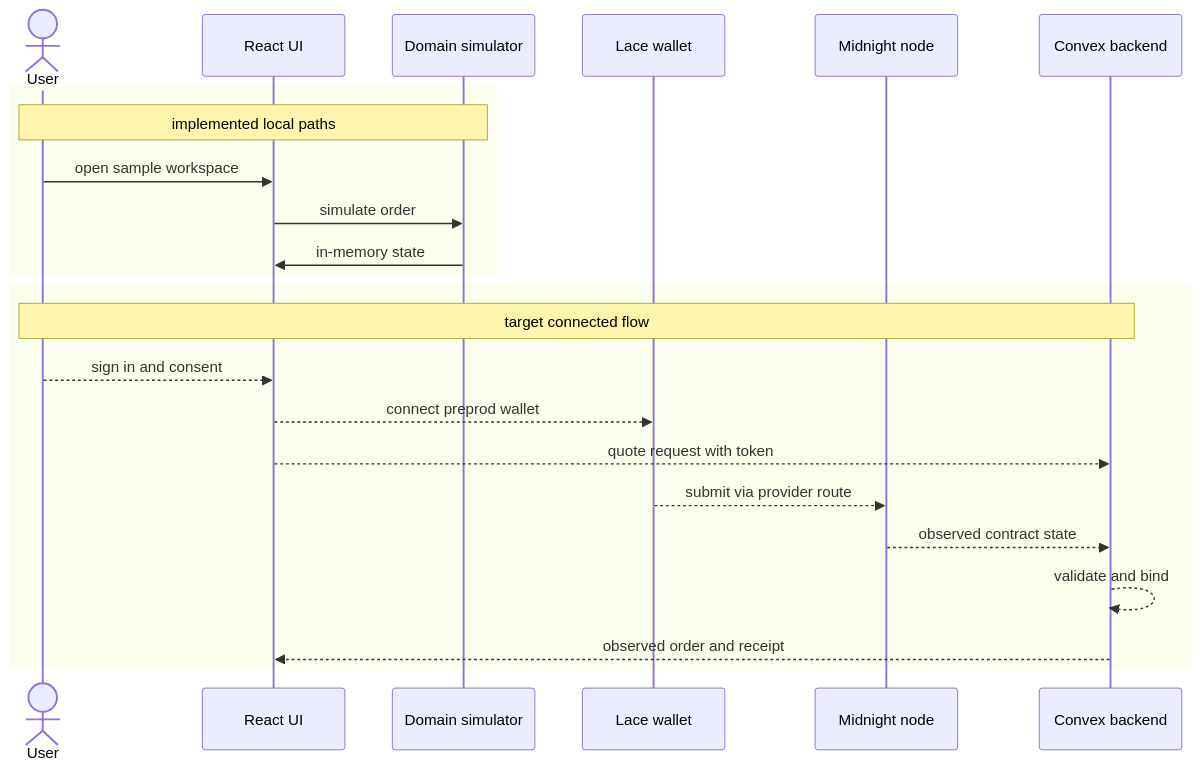
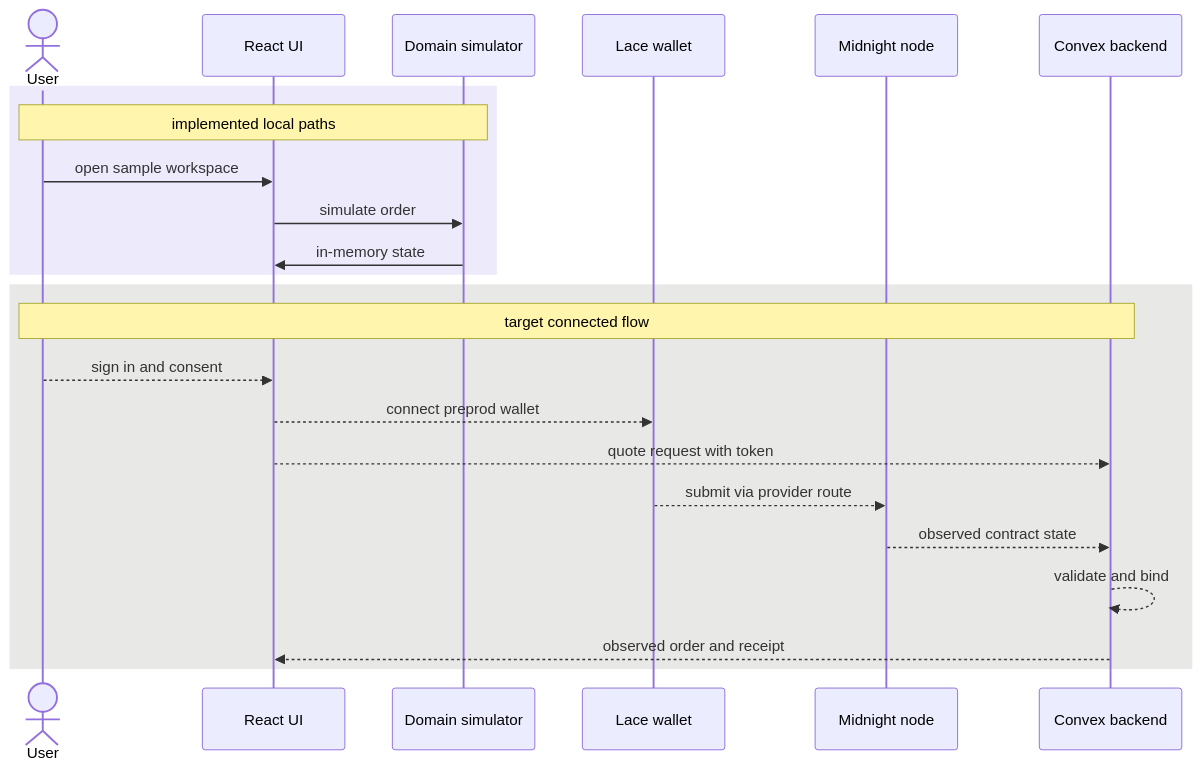
The diagram in README.md (symulacr/milo), drawn with Mermaid before and after one commit.

Commit message:
docs: tint the sequence diagram blocks
adds colour to the two rect blocks as translucent rgba rather than opaque rgb.
the original bug was opaque near-white fills, which put light theme text on a
light panel in dark mode. low alpha lets the theme background show through, so
the panel reads in both modes and github still controls the text colour.

violet rgb(84,52,215) at 10 percent for the implemented lane, muted grey
rgb(92,90,87) at 14 percent for the target lane. both from the app palette.

verified to parse under github's exact mermaid 11.17.2 config.

````diff
--- a/README.md
+++ b/README.md
@@ -38,29 +38,29 @@
 ```mermaid
 sequenceDiagram
     accTitle: Milo local and target paths
     accDescr: Solid arrows are implemented locally. Dashed arrows are the target flow.
 
     actor User
     participant UI as React UI
     participant Local as Domain simulator
     participant Wallet as Lace wallet
     participant Chain as Midnight node
     participant API as Convex backend
 
-    rect
+    rect rgba(84, 52, 215, 0.10)
         Note over User,Local: implemented local paths
         User->>UI: open sample workspace
         UI->>Local: simulate order
         Local->>UI: in-memory state
     end
-    rect
+    rect rgba(92, 90, 87, 0.14)
         Note over User,API: target connected flow
         User-->>UI: sign in and consent
         UI-->>Wallet: connect preprod wallet
         UI-->>API: quote request with token
         Wallet-->>Chain: submit via provider route
         Chain-->>API: observed contract state
         API-->>API: validate and bind
         API-->>UI: observed order and receipt
     end
 ```
````
